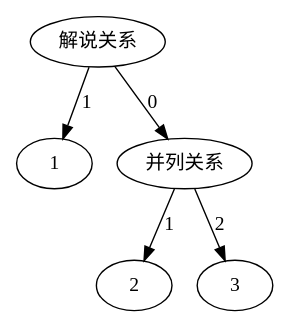
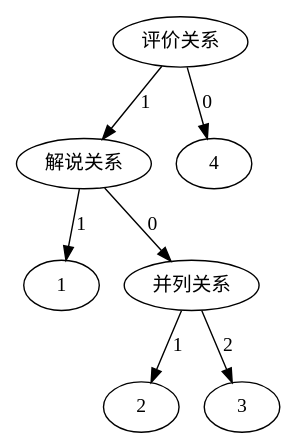
One commit to Drenight/2020GraduationProject changed the diagram in struct.gv. Above: the diagram before and after it, drawn with Graphviz. The commit also changed 16 other files, not shown here.

```diff
--- a/struct.gv
+++ b/struct.gv
@@ -1,11 +1,15 @@
 digraph G {
-	0 [label="解说关系"]
-	3 [label=1]
-	0 -> 3 [label=1]
-	4 [label="并列关系"]
-	0 -> 4 [label=0]
-	5 [label=2]
-	4 -> 5 [label=1]
-	6 [label=3]
-	4 -> 6 [label=2]
+	0 [label="评价关系"]
+	1 [label="解说关系"]
+	0 -> 1 [label=1]
+	2 [label=1]
+	1 -> 2 [label=1]
+	3 [label="并列关系"]
+	1 -> 3 [label=0]
+	4 [label=2]
+	3 -> 4 [label=1]
+	5 [label=3]
+	3 -> 5 [label=2]
+	6 [label=4]
+	0 -> 6 [label=0]
 }
```
